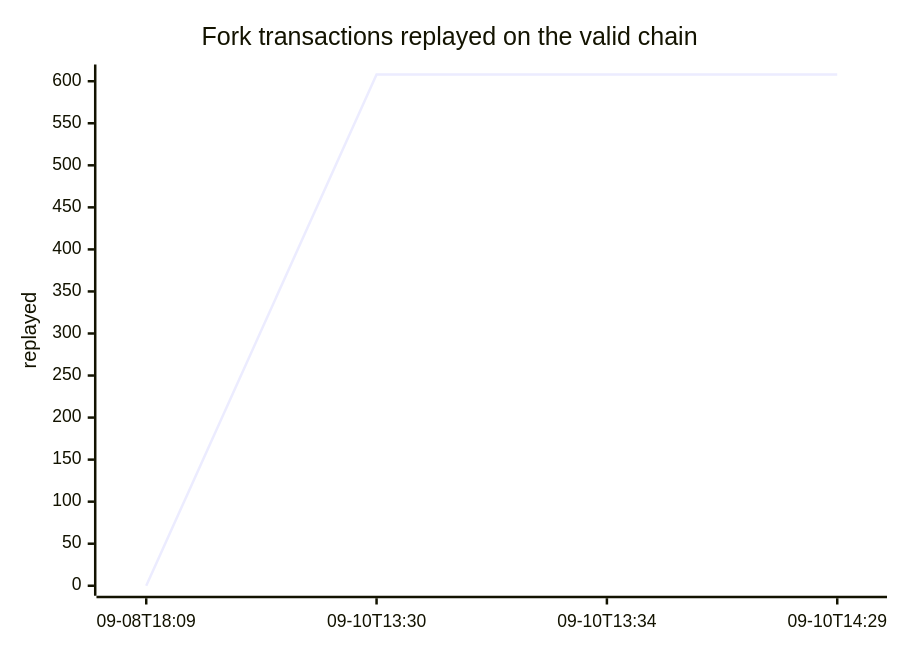
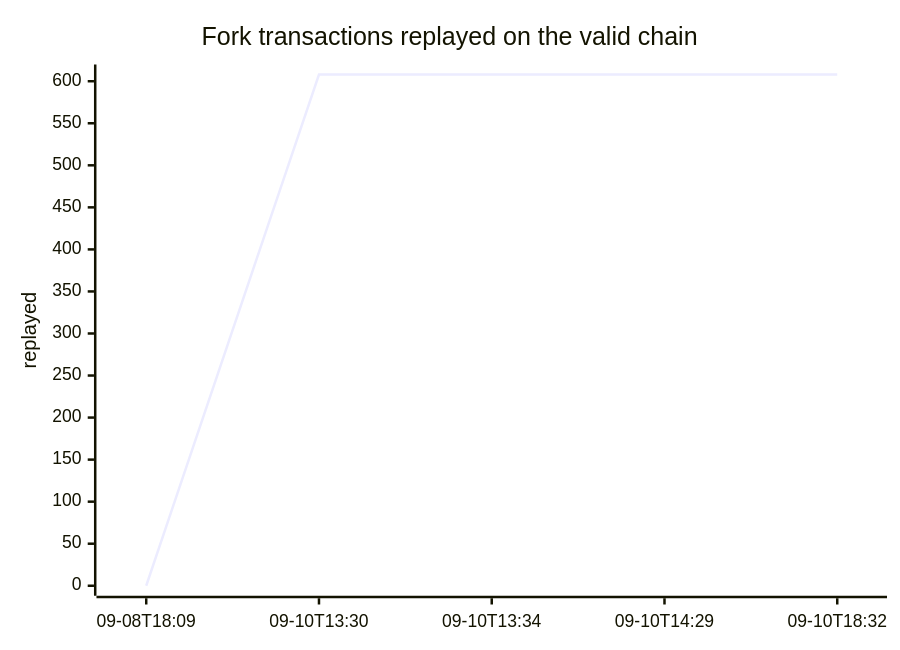
Before and after one commit to orangesurf/liquid-transaction-replay-monitor: the first of 2 diagrams in README.md, drawn with Mermaid. The commit also changed other lines of this file and 2 other files, not shown here.

````diff
--- a/README.md
+++ b/README.md
@@ -24,7 +24,7 @@
 ```mermaid
 xychart-beta
     title "Fork transactions replayed on the valid chain"
-    x-axis ["09-08T18:09", "09-10T13:30", "09-10T13:34", "09-10T14:29"]
+    x-axis ["09-08T18:09", "09-10T13:30", "09-10T13:34", "09-10T14:29", "09-10T18:32"]
     y-axis "replayed" 0 --> 608
-    line [0, 608, 608, 608]
+    line [0, 608, 608, 608, 608]
 ```
````
